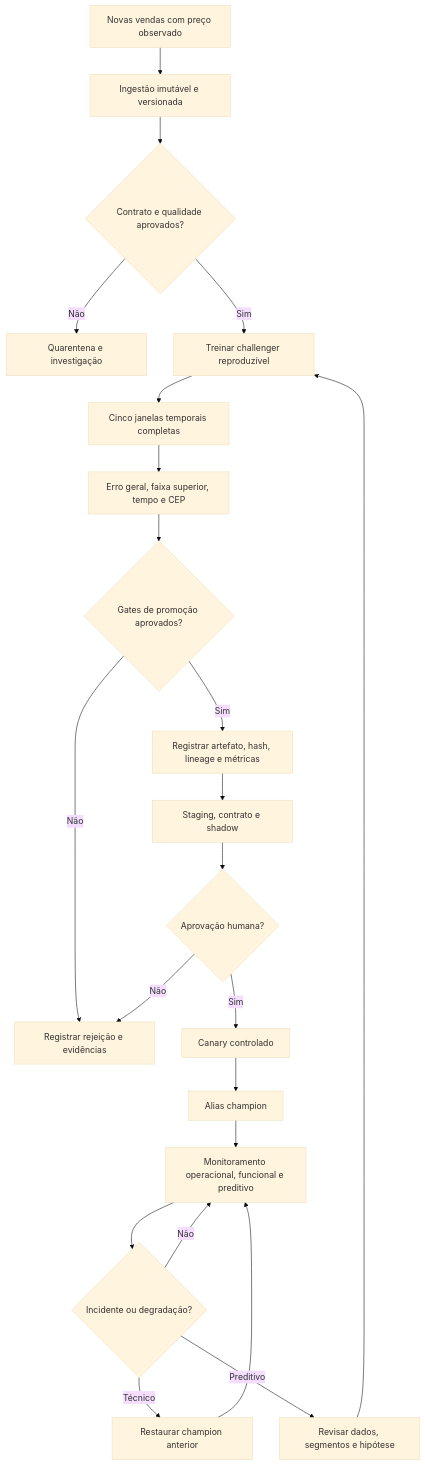
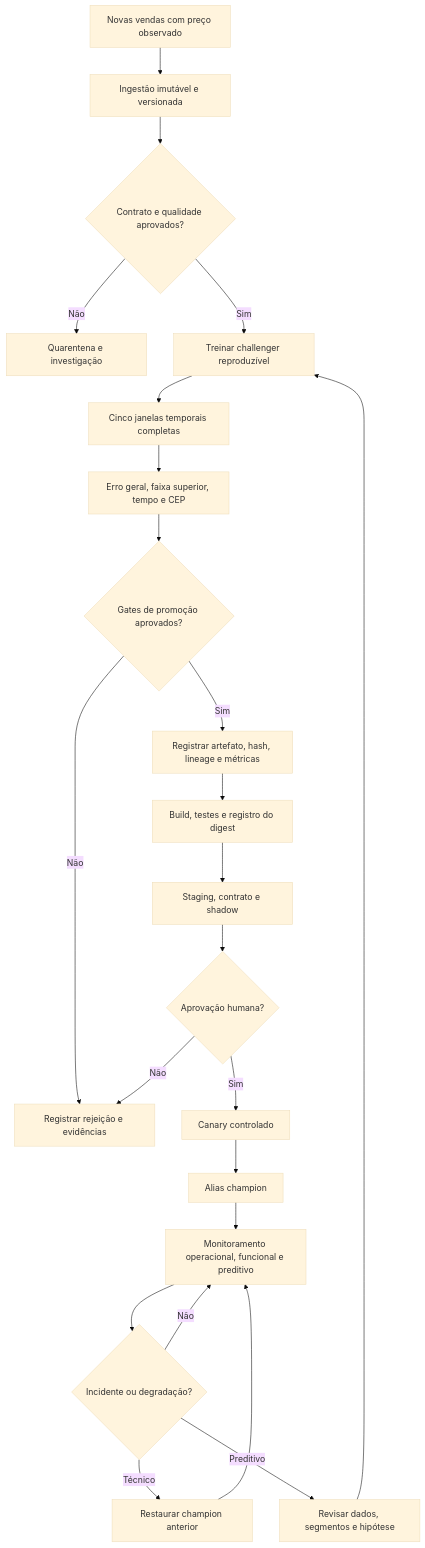
One commit to Umbura/property-value-insights changed the diagram in diagrams/model_lifecycle.md. Above: the diagram before and after it, drawn with Mermaid (base theme). The commit also changed 2 other files, not shown here.

Commit message:
docs(mlops): align promotion and drift data flows

````diff
--- a/diagrams/model_lifecycle.md
+++ b/diagrams/model_lifecycle.md
@@ -3,24 +3,25 @@
 ```mermaid
 flowchart TD
     Labels["Novas vendas com preço observado"] --> Ingest["Ingestão imutável e versionada"]
     Ingest --> Contract{"Contrato e qualidade aprovados?"}
     Contract -- "Não" --> Quarantine["Quarentena e investigação"]
     Contract -- "Sim" --> Candidate["Treinar challenger reproduzível"]
     Candidate --> Temporal["Cinco janelas temporais completas"]
     Temporal --> Segments["Erro geral, faixa superior, tempo e CEP"]
     Segments --> Gates{"Gates de promoção aprovados?"}
     Gates -- "Não" --> Archive["Registrar rejeição e evidências"]
     Gates -- "Sim" --> Registry["Registrar artefato, hash, lineage e métricas"]
-    Registry --> Staging["Staging, contrato e shadow"]
+    Registry --> Build["Build, testes e registro do digest"]
+    Build --> Staging["Staging, contrato e shadow"]
     Staging --> Human{"Aprovação humana?"}
     Human -- "Não" --> Archive
     Human -- "Sim" --> Canary["Canary controlado"]
     Canary --> Production["Alias champion"]
     Production --> Monitor["Monitoramento operacional, funcional e preditivo"]
     Monitor --> Incident{"Incidente ou degradação?"}
     Incident -- "Técnico" --> Rollback["Restaurar champion anterior"]
     Incident -- "Preditivo" --> Review["Revisar dados, segmentos e hipótese"]
     Incident -- "Não" --> Monitor
     Rollback --> Monitor
     Review --> Candidate
 ```
````
